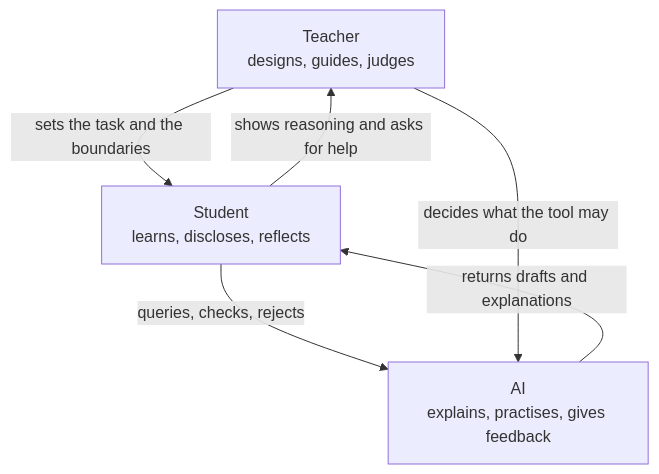
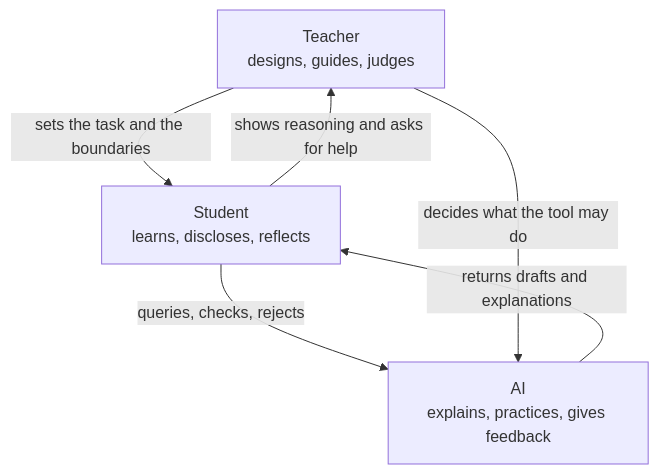
Before and after one commit to avisalmon/RoundTableIII: the fourth of 11 diagrams in book/manuscript.md, drawn with Mermaid. The commit also changed other lines of this file and 3 other files, not shown here.

````diff
--- a/book/manuscript.md
+++ b/book/manuscript.md
@@ -1385,11 +1385,11 @@
 ```mermaid
 flowchart TB
 T["Teacher<br>designs, guides, judges"]
 S["Student<br>learns, discloses, reflects"]
-A["AI<br>explains, practises, gives feedback"]
+A["AI<br>explains, practices, gives feedback"]
 T -- "sets the task and the boundaries" --> S
 S -- "shows reasoning and asks for help" --> T
 S -- "queries, checks, rejects" --> A
 A -- "returns drafts and explanations" --> S
 T -- "decides what the tool may do" --> A
 ```
````
